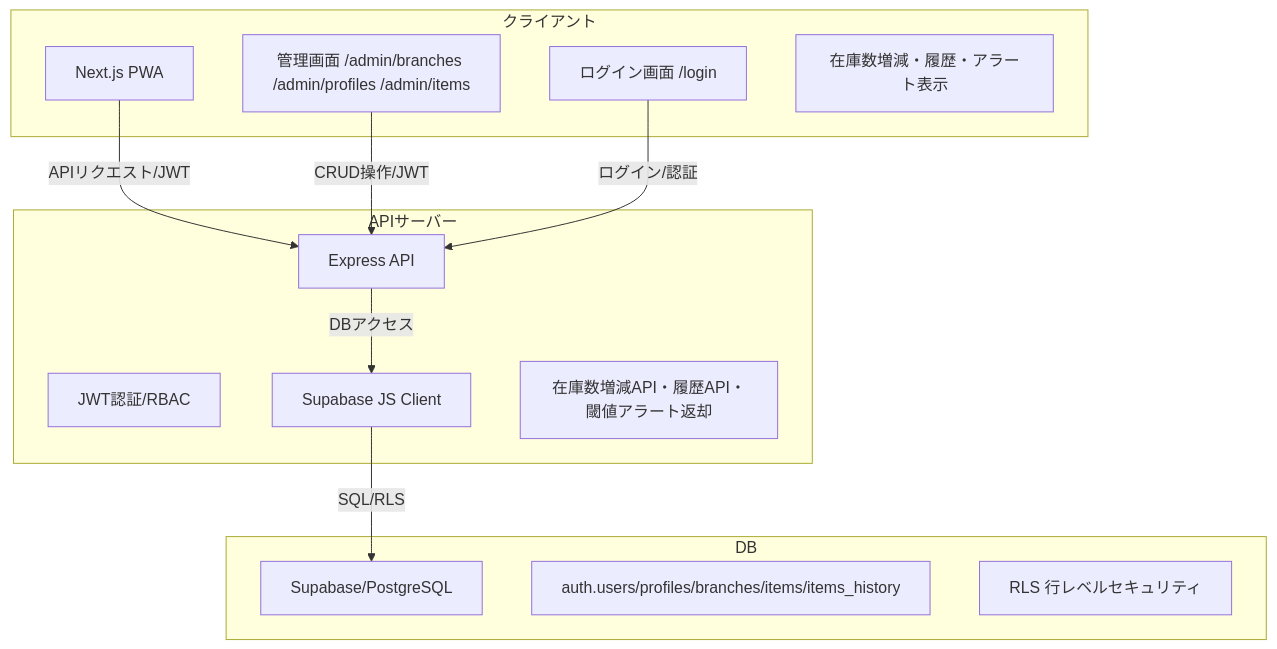
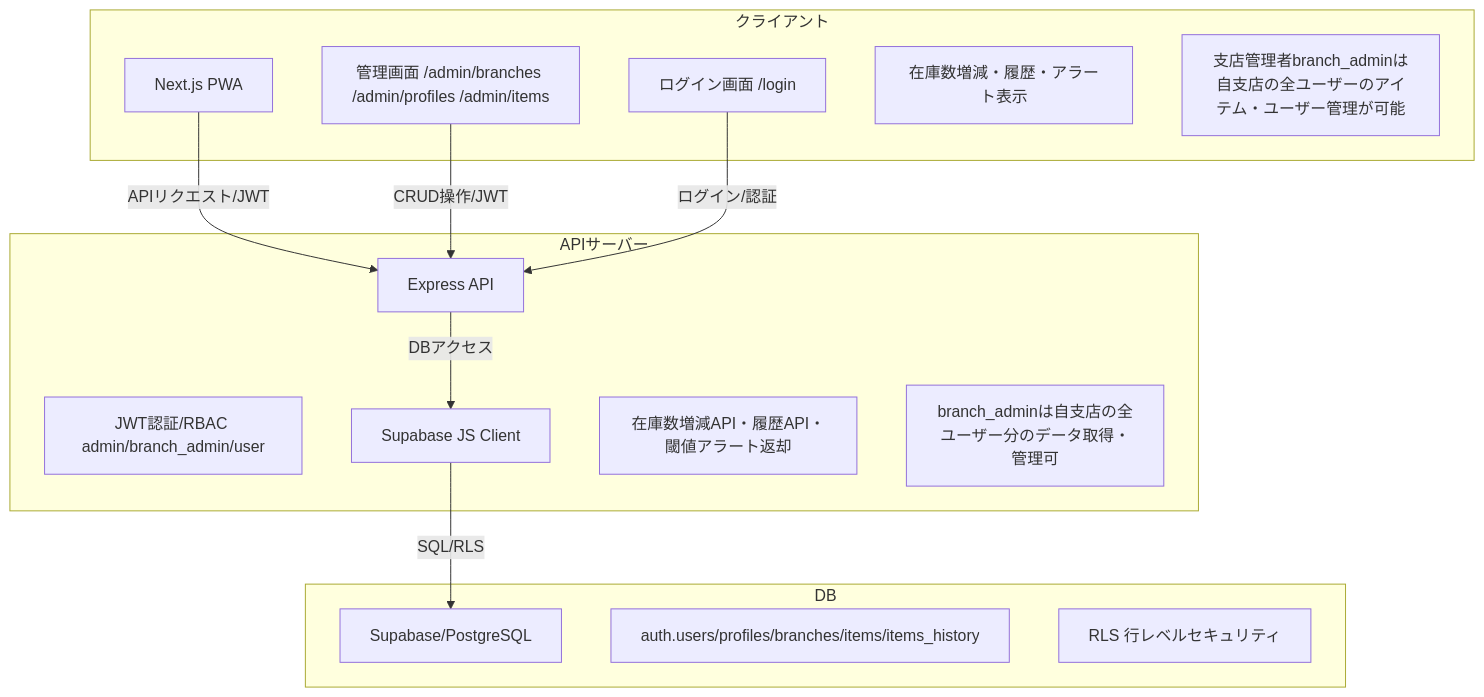
One commit to hitodeman/every_item_mng changed the second of 2 diagrams in context/architect/system-architecture.md. Above: the diagram before and after it, drawn with Mermaid. The commit also changed other lines of this file and 17 other files, not shown here.

````diff
--- a/context/architect/system-architecture.md
+++ b/context/architect/system-architecture.md
@@ -29,25 +29,27 @@
 ```mermaid
 graph TD
   subgraph クライアント
     A1[Next.js PWA]
     A2[管理画面 /admin/branches /admin/profiles /admin/items]
     A3[ログイン画面 /login]
     A4[在庫数増減・履歴・アラート表示]
+    A5[支店管理者branch_adminは自支店の全ユーザーのアイテム・ユーザー管理が可能]
   end
   subgraph APIサーバー
     B1[Express API]
-    B2[JWT認証/RBAC]
+    B2[JWT認証/RBAC admin/branch_admin/user]
     B3[Supabase JS Client]
     B4[在庫数増減API・履歴API・閾値アラート返却]
+    B5[branch_adminは自支店の全ユーザー分のデータ取得・管理可]
   end
   subgraph DB
     C1[Supabase/PostgreSQL]
     C2[auth.users/profiles/branches/items/items_history]
     C3[RLS 行レベルセキュリティ]
   end
   A1--APIリクエスト/JWT-->B1
   A2--CRUD操作/JWT-->B1
   A3--ログイン/認証-->B1
   B1--DBアクセス-->B3
   B3--SQL/RLS-->C1
 ```
````
